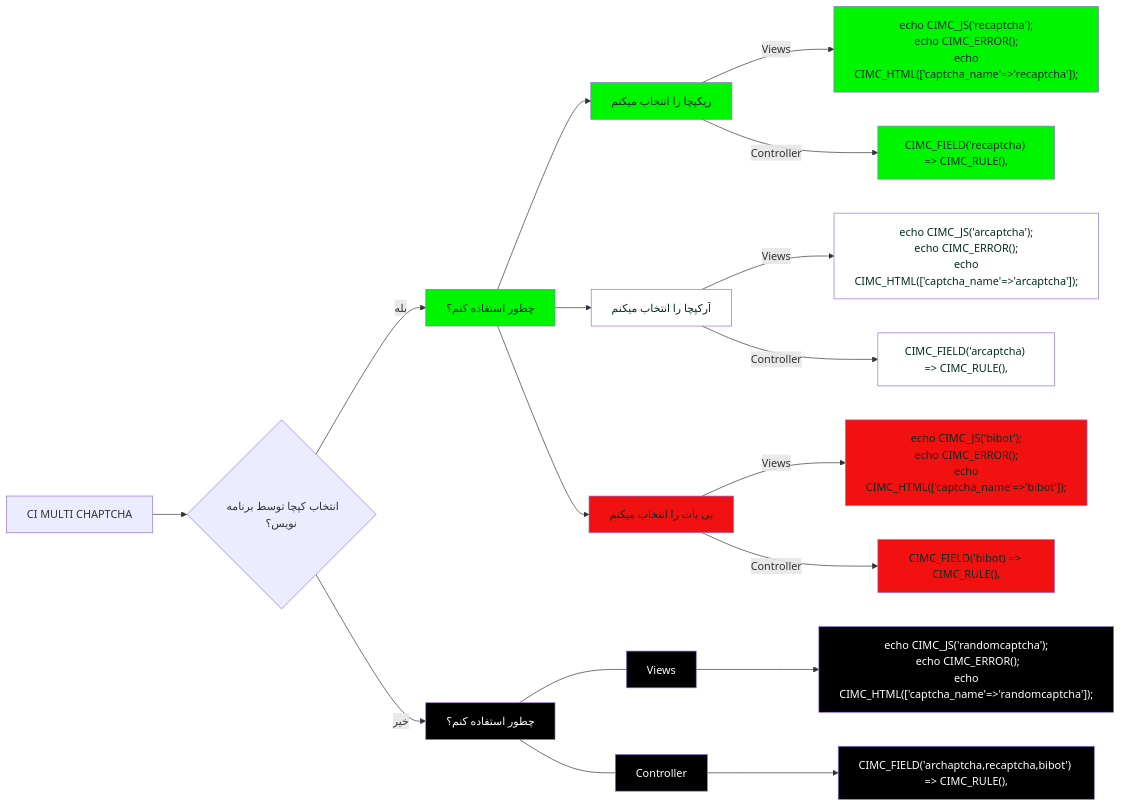
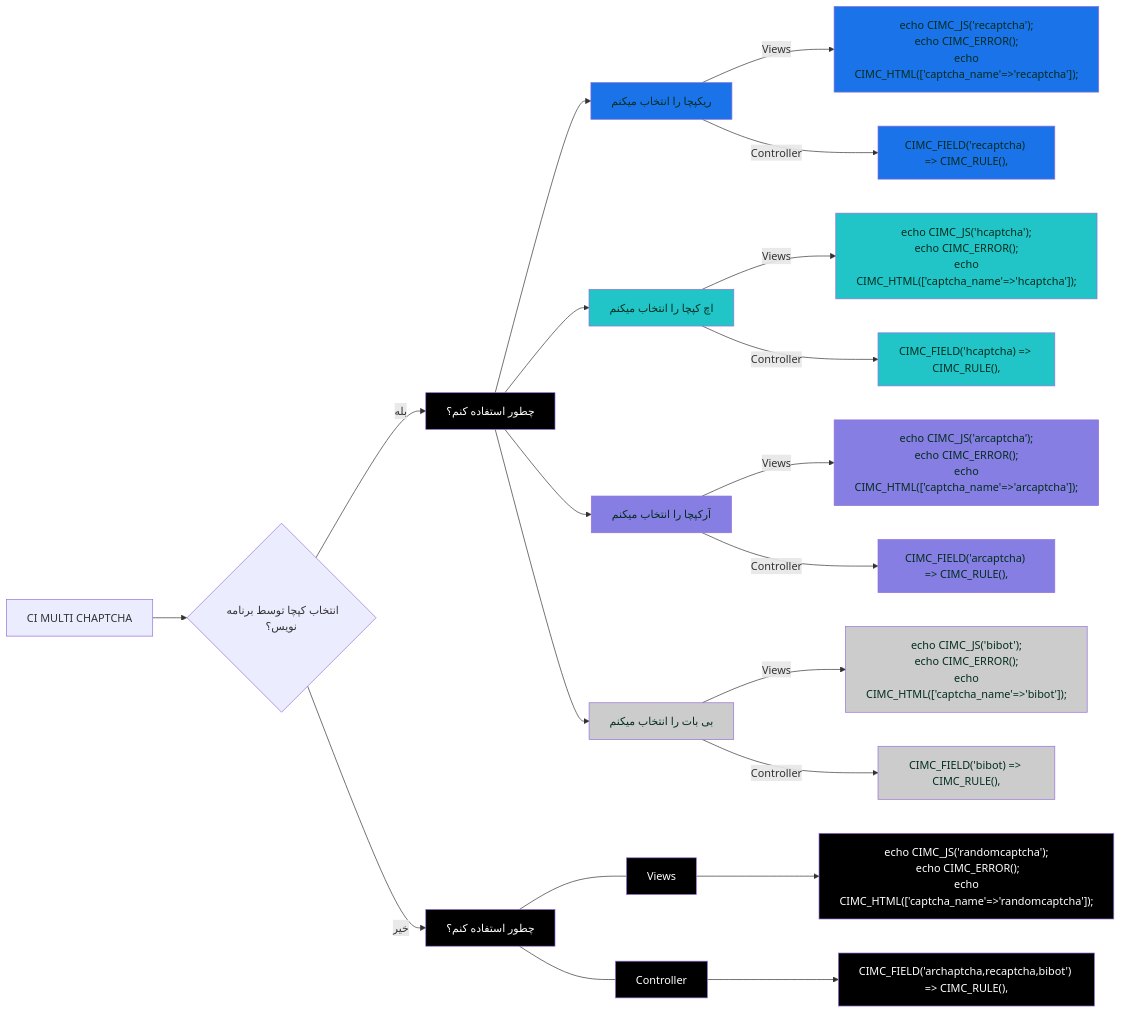
Before and after one commit to datamweb/codeigniter-multi-captcha: the diagram in README.fa-IR.md, drawn with Mermaid. The commit also changed other lines of this file, not shown here.

Commit message:
Update README.fa-IR.md
update for hCaptcha

````diff
--- a/README.fa-IR.md
+++ b/README.fa-IR.md
@@ -47,25 +49,30 @@
 ```mermaid
   flowchart LR;
       A[CI MULTI CHAPTCHA]-->B{"انتخاب کپچا توسط برنامه نویس؟"};
-      classDef green color:#022e1f,fill:#00f500;
-      classDef red color:#022e1f,fill:#f11111;
-      classDef white color:#022e1f,fill:#fff;
+      classDef c-Rc color:#022e1f,fill:#1a73e8;
+      classDef c-Hc color:#022e1f,fill:#22c5c7;
+      classDef c-Ac color:#022e1f,fill:#867ee2;
+      classDef c-Bc color:#022e1f,fill:#ccc;
       classDef black color:#fff,fill:#000;
-      B--بله-->C["چطور استفاده کنم؟"]:::green;
+      B--بله-->C["چطور استفاده کنم؟"]:::black;
       
-      C-->U["ریکپچا را انتخاب میکنم"]:::green;
-      U--Views-->Q["echo CIMC_JS('recaptcha');\n echo CIMC_ERROR(); \n echo CIMC_HTML(['captcha_name'=>'recaptcha']);"]:::green;
-      U--Controller-->W["CIMC_FIELD('recaptcha) => CIMC_RULE(),"]:::green;
+      C-->U["ریکپچا را انتخاب میکنم"]:::c-Rc;
+      U--Views-->Q["echo CIMC_JS('recaptcha');\n echo CIMC_ERROR(); \n echo CIMC_HTML(['captcha_name'=>'recaptcha']);"]:::c-Rc;
+      U--Controller-->W["CIMC_FIELD('recaptcha) => CIMC_RULE(),"]:::c-Rc;
+     
+      C-->H["اچ کپچا را انتخاب میکنم"]:::c-Hc;
+      H--Views-->J["echo CIMC_JS('hcaptcha');\n echo CIMC_ERROR(); \n echo CIMC_HTML(['captcha_name'=>'hcaptcha']);"]:::c-Hc;
+      H--Controller-->G["CIMC_FIELD('hcaptcha) => CIMC_RULE(),"]:::c-Hc;  
+
+      C-->I[آرکپچا را انتخاب میکنم]:::c-Ac;
+      I--Views-->O["echo CIMC_JS('arcaptcha');\n echo CIMC_ERROR(); \n echo CIMC_HTML(['captcha_name'=>'arcaptcha']);"]:::c-Ac;
+      I--Controller-->P["CIMC_FIELD('arcaptcha) => CIMC_RULE(),"]:::c-Ac;
       
-      C-->I[آرکپچا را انتخاب میکنم]:::white;
-      I--Views-->O["echo CIMC_JS('arcaptcha');\n echo CIMC_ERROR(); \n echo CIMC_HTML(['captcha_name'=>'arcaptcha']);"]:::white;
-      I--Controller-->P["CIMC_FIELD('arcaptcha) => CIMC_RULE(),"]:::white;
-      
-      C-->X["بی بات را انتخاب میکنم"]:::red;
-      X--Views-->V["echo CIMC_JS('bibot');\n echo CIMC_ERROR(); \n echo CIMC_HTML(['captcha_name'=>'bibot']);"]:::red;
-      X--Controller-->N["CIMC_FIELD('bibot) => CIMC_RULE(),"]:::red;
+      C-->X["بی بات را انتخاب میکنم"]:::c-Bc;
+      X--Views-->V["echo CIMC_JS('bibot');\n echo CIMC_ERROR(); \n echo CIMC_HTML(['captcha_name'=>'bibot']);"]:::c-Bc;
+      X--Controller-->N["CIMC_FIELD('bibot) => CIMC_RULE(),"]:::c-Bc;
       
       B--خیر-->D["چطور استفاده کنم؟"]:::black;
       D---Views:::black-->F["echo CIMC_JS('randomcaptcha');\n echo CIMC_ERROR();\n echo CIMC_HTML(['captcha_name'=>'randomcaptcha']);"]:::black; 
       D---Controller:::black-->T["CIMC_FIELD('archaptcha,recaptcha,bibot') => CIMC_RULE(),"]:::black; 
 ```
````
